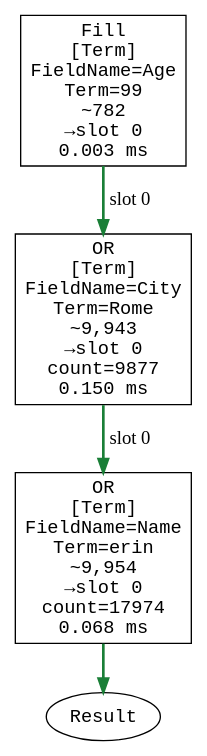
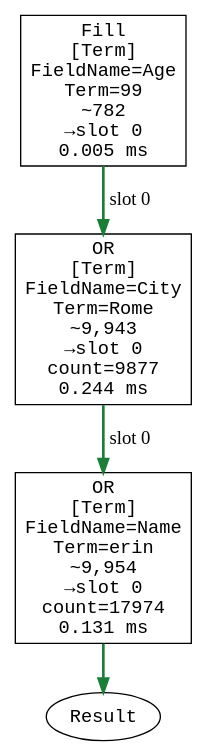
The fourth of 44 diagrams in corax-query-catalog.md (ayende/ravendb), drawn with Graphviz before and after one commit. The commit also changed other lines of this file and 1 other file, not shown here.

First line of the commit message:
RavenDB-25281 Regenerate query catalog for producer-node rendering

````diff
--- a/corax-query-catalog.md
+++ b/corax-query-catalog.md
@@ -282,13 +282,13 @@
 ```dot
 digraph QueryPlan {
   rankdir=TB;
-  node [shape=box, fontname="monospace"];
-  op0 [label="Fill\n[Term]\nFieldName=Age\nTerm=99\n~782\n→slot 0\n0.003 ms", data_destslot="0", data_dispatch="Term", data_fieldname="Age", data_term="99", data_estimatedrows="782", data_ms="0.003"];
-  op1 [label="OR\n[Term]\nFieldName=City\nTerm=Rome\n~9,943\n→slot 0\ncount=9877\n0.150 ms", data_destslot="0", data_dispatch="Term", data_fieldname="City", data_term="Rome", data_estimatedrows="9,943", data_count="9877", data_ms="0.150"];
-  op2 [label="OR\n[Term]\nFieldName=Name\nTerm=erin\n~9,954\n→slot 0\ncount=17974\n0.068 ms", data_destslot="0", data_dispatch="Term", data_fieldname="Name", data_term="erin", data_estimatedrows="9,954", data_count="17974", data_ms="0.068"];
-  result [shape=ellipse, label="Result"];
-  op0 -> op1 [style=bold, color="#1a7f37", label="slot 0"];
-  op1 -> op2 [style=bold, color="#1a7f37", label="slot 0"];
-  op2 -> result [style=bold, color="#1a7f37"];
+  node [shape="box", fontname="monospace"];
+  op0 [label="Fill\n[Term]\nFieldName=Age\nTerm=99\n~782\n→slot 0\n0.005 ms", data_operation="Fill", data_destslot="0", data_dispatch="Term", data_fieldname="Age", data_term="99", data_estimatedrows="782", data_ms="0.005", data_taken="True"];
+  op1 [label="OR\n[Term]\nFieldName=City\nTerm=Rome\n~9,943\n→slot 0\ncount=9877\n0.244 ms", data_operation="OR", data_destslot="0", data_dispatch="Term", data_fieldname="City", data_term="Rome", data_estimatedrows="9,943", data_count="9877", data_ms="0.244", data_taken="True"];
+  op2 [label="OR\n[Term]\nFieldName=Name\nTerm=erin\n~9,954\n→slot 0\ncount=17974\n0.131 ms", data_operation="OR", data_destslot="0", data_dispatch="Term", data_fieldname="Name", data_term="erin", data_estimatedrows="9,954", data_count="17974", data_ms="0.131", data_taken="True"];
+  result [shape="ellipse", label="Result", data_operation="Result"];
+  op0 -> op1 [style="bold", color="#1a7f37", label="slot 0", data_kind="dataflow", data_slot="0", data_flow="on"];
+  op1 -> op2 [style="bold", color="#1a7f37", label="slot 0", data_kind="dataflow", data_slot="0", data_flow="on"];
+  op2 -> result [style="bold", color="#1a7f37", data_kind="result", data_variant="bitmap-final", data_flow="on"];
 }
 ```
````
